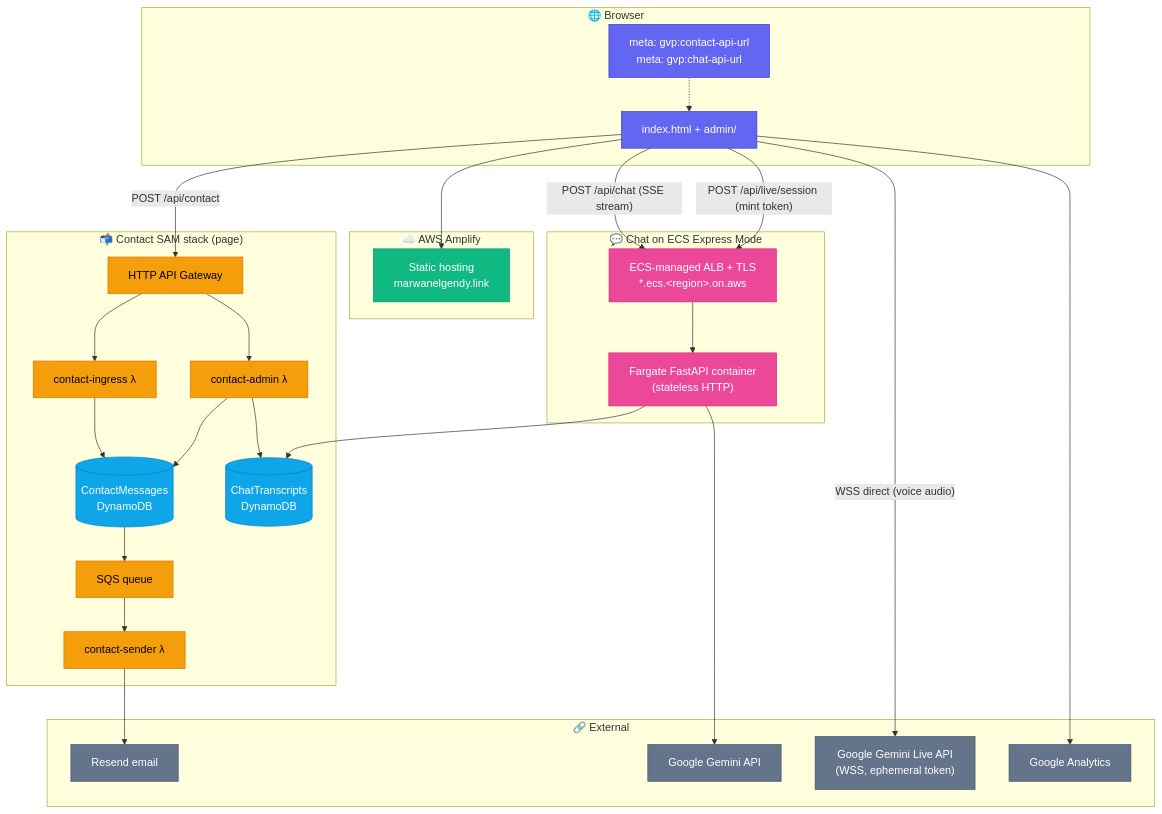
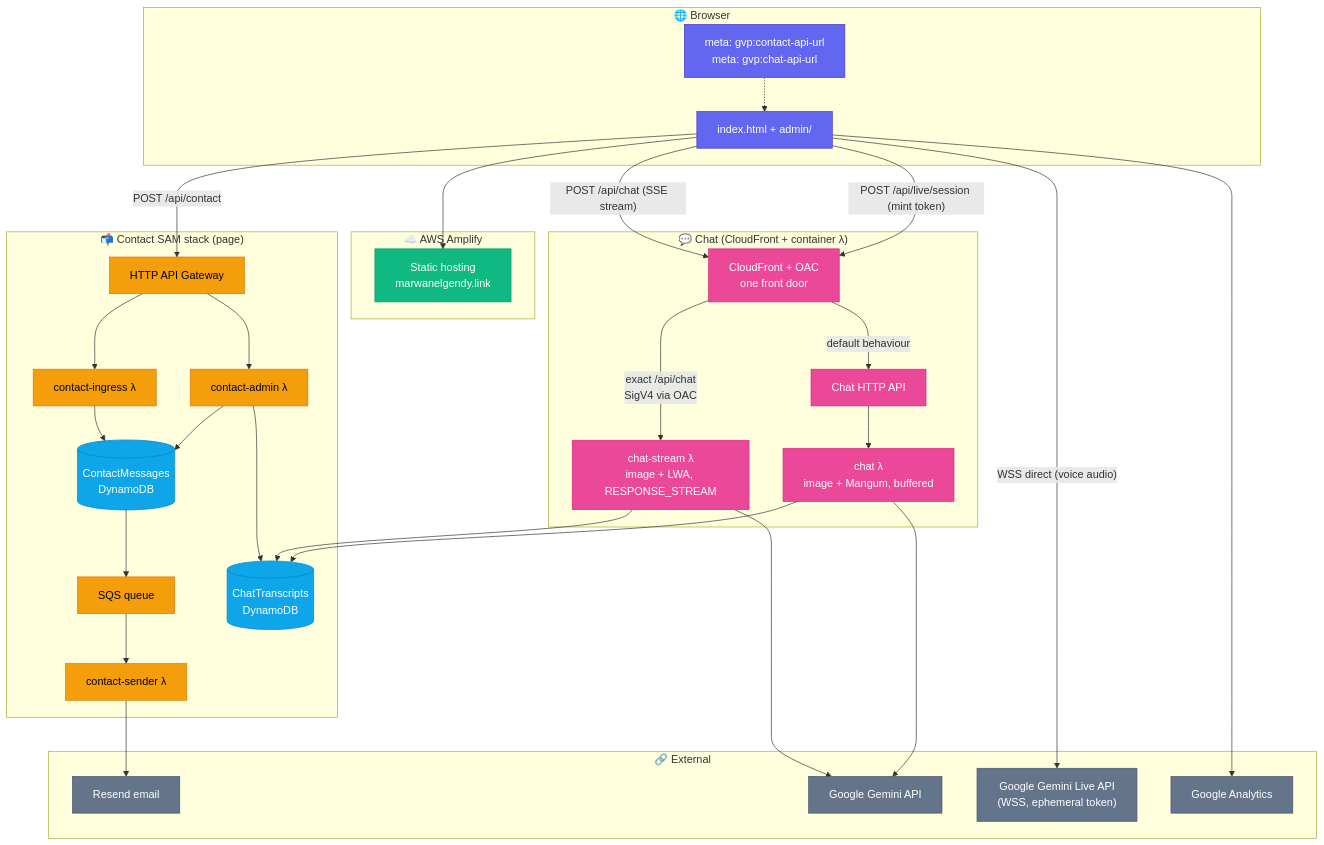
Before and after one commit to geda0/gvp: the first of 7 diagrams in docs/architecture.md, drawn with Mermaid. The commit also changed other lines of this file, not shown here.

````diff
--- a/docs/architecture.md
+++ b/docs/architecture.md
@@ -28,63 +28,69 @@
 ```mermaid
 flowchart TB
     subgraph Browser["🌐 Browser"]
         UI["index.html + admin/"]
         META["meta: gvp:contact-api-url<br/>meta: gvp:chat-api-url"]
     end
 
     subgraph Static["☁️ AWS Amplify"]
         CDN["Static hosting<br/>marwanelgendy.link"]
     end
 
     subgraph ContactStack["📬 Contact SAM stack (page)"]
         CAPI["HTTP API Gateway"]
         ING["contact-ingress λ"]
         DDB1[("ContactMessages<br/>DynamoDB")]
         SQS["SQS queue"]
         SND["contact-sender λ"]
         ADM["contact-admin λ"]
         DDB2[("ChatTranscripts<br/>DynamoDB")]
     end
 
-    subgraph ChatExpress["💬 Chat on ECS Express Mode"]
-        ALB["ECS-managed ALB + TLS<br/>*.ecs.&lt;region&gt;.on.aws"]
-        ECS["Fargate FastAPI container<br/>(stateless HTTP)"]
+    subgraph ChatHost["💬 Chat (CloudFront + container λ)"]
+        CF["CloudFront + OAC<br/>one front door"]
+        STREAM["chat-stream λ<br/>image + LWA, RESPONSE_STREAM"]
+        CHAPI["Chat HTTP API"]
+        CHATL["chat λ<br/>image + Mangum, buffered"]
     end
 
     subgraph External["🔗 External"]
         RESEND["Resend email"]
         GEMINI["Google Gemini API"]
         GLIVE["Google Gemini Live API<br/>(WSS, ephemeral token)"]
         GA["Google Analytics"]
     end
 
     UI --> CDN
     META -.-> UI
     UI -->|"POST /api/contact"| CAPI
-    UI -->|"POST /api/chat (SSE stream)"| ALB
-    UI -->|"POST /api/live/session (mint token)"| ALB
+    UI -->|"POST /api/chat (SSE stream)"| CF
+    UI -->|"POST /api/live/session (mint token)"| CF
     UI -->|"WSS direct (voice audio)"| GLIVE
     UI --> GA
 
     CAPI --> ING --> DDB1 --> SQS --> SND --> RESEND
     CAPI --> ADM --> DDB1
     ADM --> DDB2
 
-    ALB --> ECS --> GEMINI
-    ECS --> DDB2
+    CF -->|"exact /api/chat<br/>SigV4 via OAC"| STREAM
+    CF -->|"default behaviour"| CHAPI --> CHATL
+    STREAM --> GEMINI
+    CHATL --> GEMINI
+    STREAM --> DDB2
+    CHATL --> DDB2
 
     classDef browser fill:#6366F1,stroke:#4338CA,color:#fff
     classDef static fill:#10B981,stroke:#059669,color:#fff
     classDef contact fill:#F59E0B,stroke:#D97706,color:#000
     classDef chat fill:#EC4899,stroke:#DB2777,color:#fff
     classDef voice fill:#8B5CF6,stroke:#7C3AED,color:#fff
     classDef external fill:#64748B,stroke:#475569,color:#fff
     classDef db fill:#0EA5E9,stroke:#0284C7,color:#fff
 
     class UI,META browser
     class CDN static
     class CAPI,ING,SQS,SND,ADM contact
-    class ALB,ECS chat
+    class CF,STREAM,CHAPI,CHATL chat
     class RESEND,GEMINI,GLIVE,GA external
     class DDB1,DDB2 db
 ```
````
